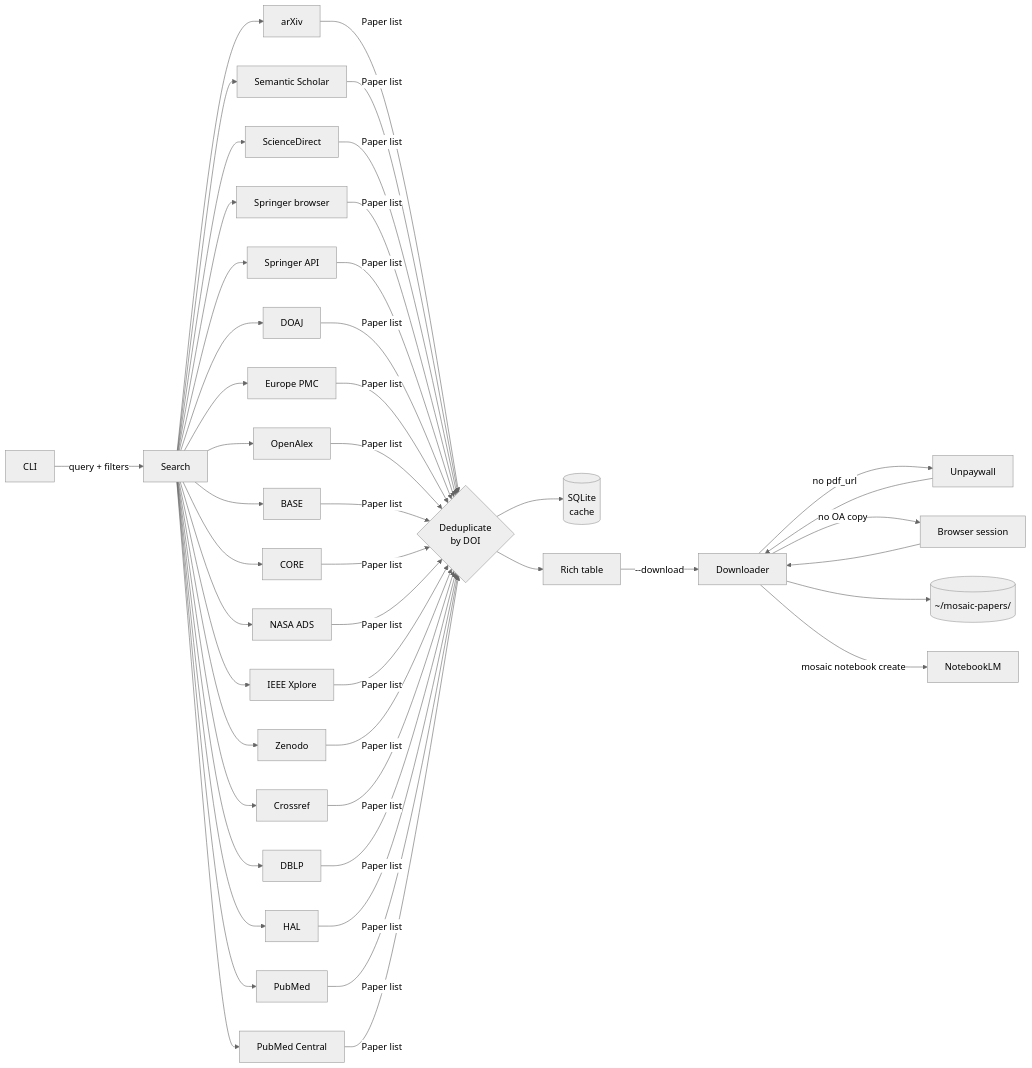
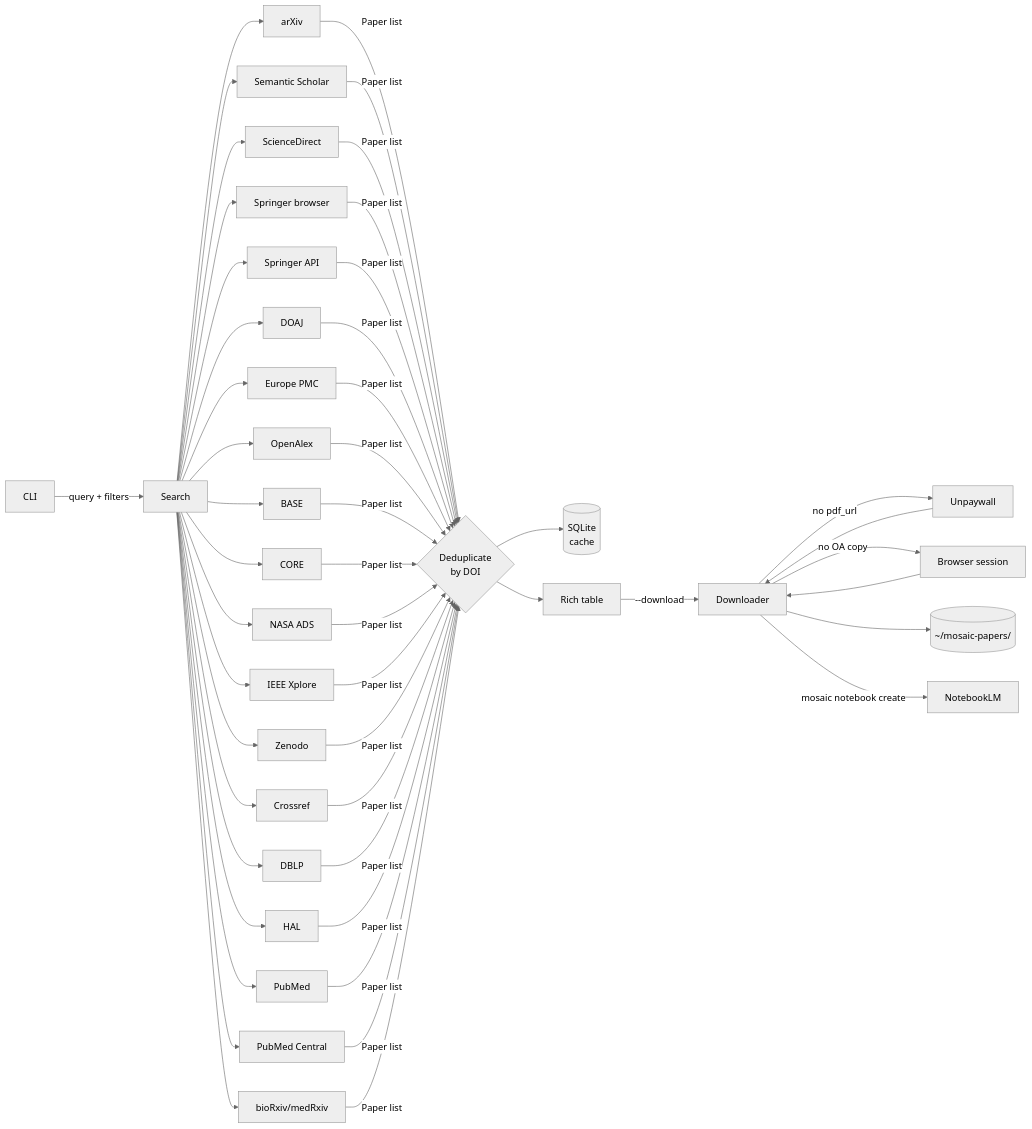
Before and after one commit to szaghi/mosaic: the diagram in README.md, drawn with Mermaid (neutral theme). The commit also changed other lines of this file and 11 other files, not shown here.

First line of the commit message:
feat(sources): add bioRxiv/medRxiv preprint source

````diff
--- a/README.md
+++ b/README.md
@@ -348,15 +349,15 @@
 ```mermaid
 flowchart LR
     CLI -->|query + filters| Search
-    Search --> arXiv & SS[Semantic Scholar] & SD[ScienceDirect] & SP[Springer browser] & SPN[Springer API] & DOAJ & EPMC[Europe PMC] & OA[OpenAlex] & BASE & CORE & ADS[NASA ADS] & IEEE[IEEE Xplore] & ZEN[Zenodo] & CR[Crossref] & DBLP[DBLP] & HAL[HAL] & PM[PubMed] & PMC[PubMed Central]
-    arXiv & SS & SD & SP & SPN & DOAJ & EPMC & OA & BASE & CORE & ADS & IEEE & ZEN & CR & DBLP & HAL & PM & PMC -->|Paper list| Dedup{Deduplicate\nby DOI}
+    Search --> arXiv & SS[Semantic Scholar] & SD[ScienceDirect] & SP[Springer browser] & SPN[Springer API] & DOAJ & EPMC[Europe PMC] & OA[OpenAlex] & BASE & CORE & ADS[NASA ADS] & IEEE[IEEE Xplore] & ZEN[Zenodo] & CR[Crossref] & DBLP[DBLP] & HAL[HAL] & PM[PubMed] & PMC[PubMed Central] & RXV[bioRxiv/medRxiv]
+    arXiv & SS & SD & SP & SPN & DOAJ & EPMC & OA & BASE & CORE & ADS & IEEE & ZEN & CR & DBLP & HAL & PM & PMC & RXV -->|Paper list| Dedup{Deduplicate\nby DOI}
     Dedup --> Cache[(SQLite\ncache)]
     Dedup --> Table[Rich table]
     Table -->|--download| DL[Downloader]
     DL -->|no pdf_url| UPW[Unpaywall]
     UPW --> DL
     DL -->|no OA copy| AUTH[Browser session]
     AUTH --> DL
     DL --> Disk[(~/mosaic-papers/)]
     DL -->|mosaic notebook create| NLM[NotebookLM]
 ```
````
